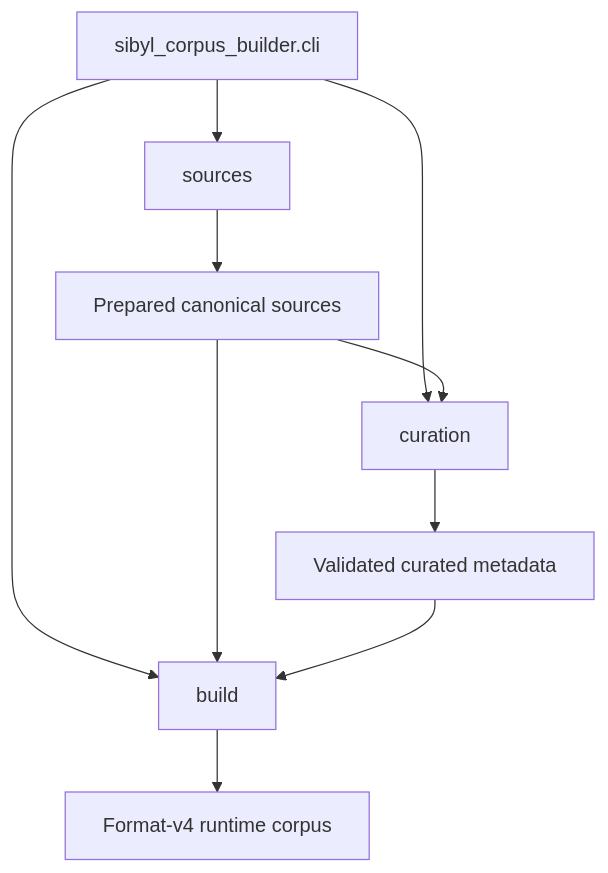
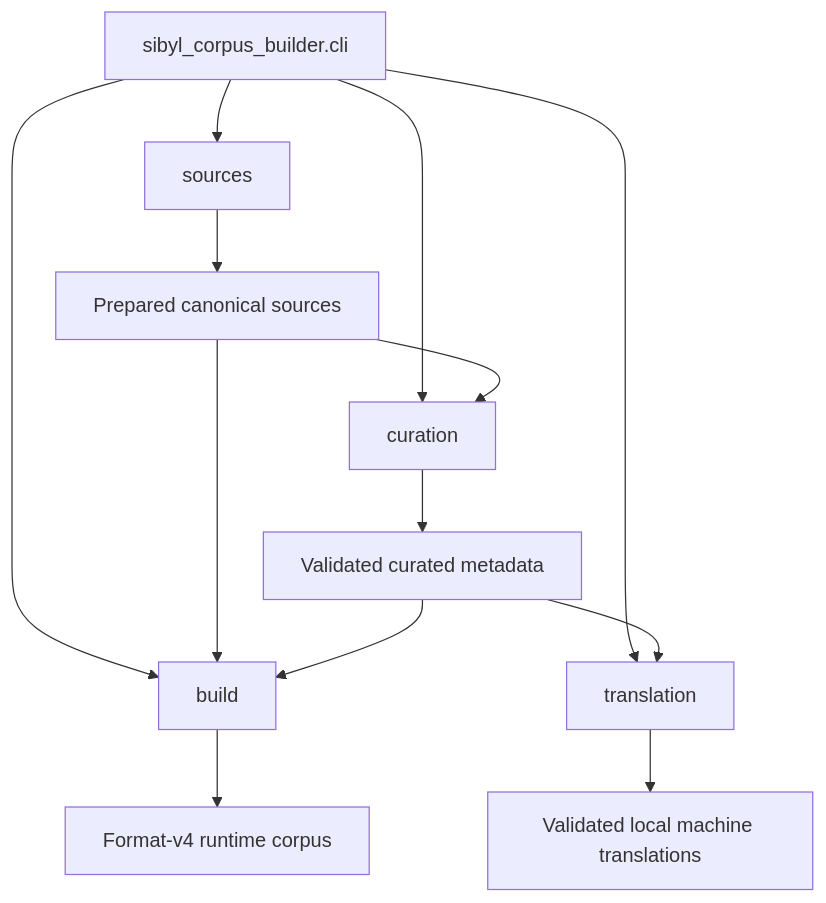
One commit to folk21/sibyl changed the first of 6 diagrams in corpus-builder/IMPLEMENTATION.md. Above: the diagram before and after it, drawn with Mermaid. The commit also changed other lines of this file and 43 other files, not shown here.

````diff
--- a/corpus-builder/IMPLEMENTATION.md
+++ b/corpus-builder/IMPLEMENTATION.md
@@ -7,12 +7,15 @@
 ```mermaid
 flowchart TD
     CLI[sibyl_corpus_builder.cli] --> S[sources]
     CLI --> B[build]
     CLI --> C[curation]
+    CLI --> T[translation]
     S --> P[Prepared canonical sources]
     P --> B
     P --> C
     C --> M[Validated curated metadata]
+    M --> T
+    T --> X[Validated local machine translations]
     M --> B
     B --> R[Format-v4 runtime corpus]
 ```
````
